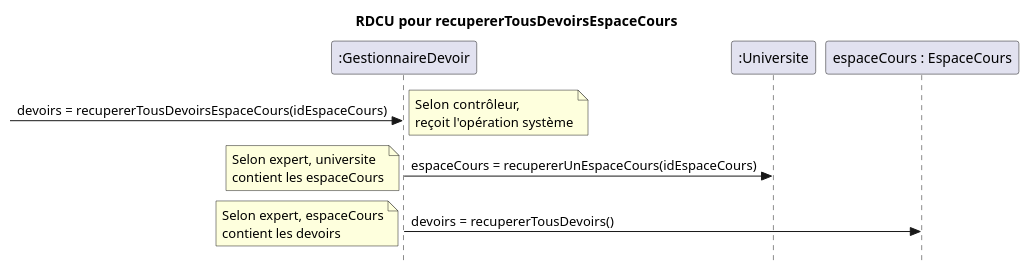
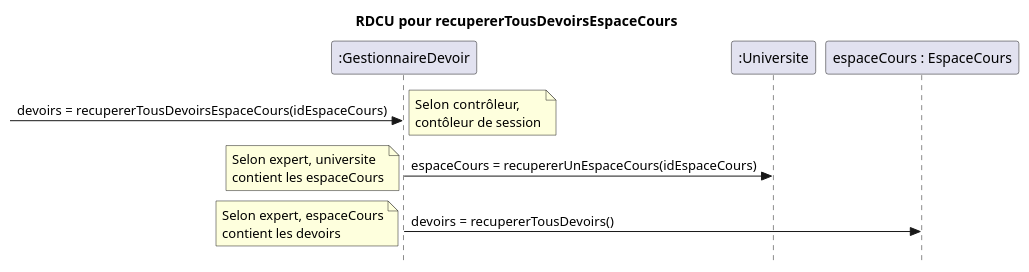
One commit to nerdz88/SGA-TS changed the first of 2 diagrams in docs/Ajouter devoir/RDCU_Ajouter_Devoir.puml. Above: the diagram before and after it, drawn with PlantUML. The commit also changed other lines of this file and 49 other files, not shown here.

```diff
--- a/docs/Ajouter devoir/RDCU_Ajouter_Devoir.puml
+++ b/docs/Ajouter devoir/RDCU_Ajouter_Devoir.puml
@@ -1,15 +1,15 @@
 @startuml recupererTousDevoirsEspaceCours
 skinparam style strictuml
 skinparam defaultfontname Verdana
 title RDCU pour recupererTousDevoirsEspaceCours
 participant ":GestionnaireDevoir" as gestionnaireDevoir
 participant ":Universite" as universite
 participant "espaceCours : EspaceCours" as cours
 
 -> gestionnaireDevoir : devoirs = recupererTousDevoirsEspaceCours(idEspaceCours)
-note left : Selon contrôleur,\nreçoit l'opération système
+note left : Selon contrôleur,\ncontôleur de session
 gestionnaireDevoir -> universite : espaceCours = recupererUnEspaceCours(idEspaceCours)
 note left : Selon expert, universite\ncontient les espaceCours
 gestionnaireDevoir -> cours : devoirs = recupererTousDevoirs()
 note left : Selon expert, espaceCours\ncontient les devoirs
 @enduml
```
